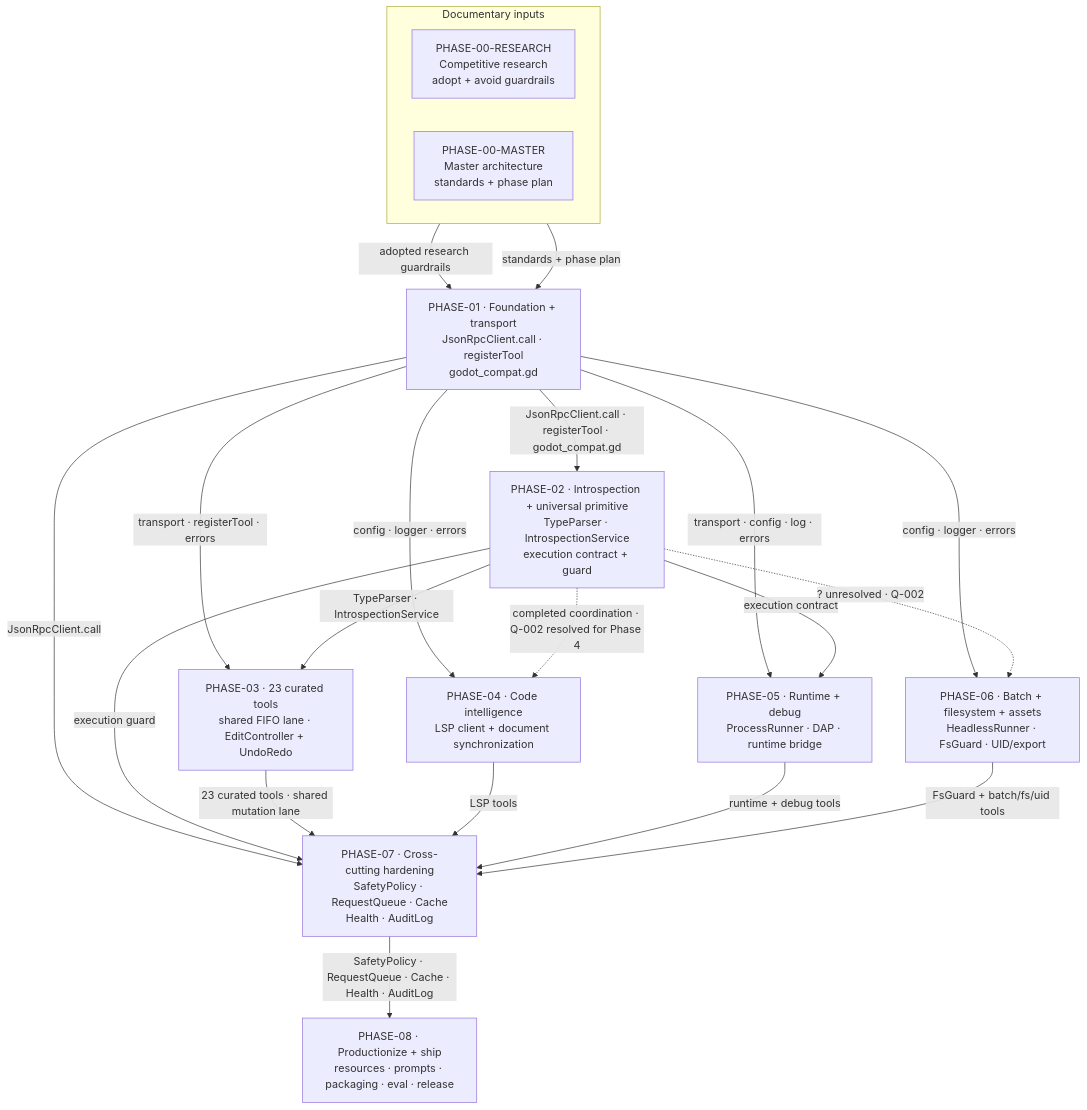
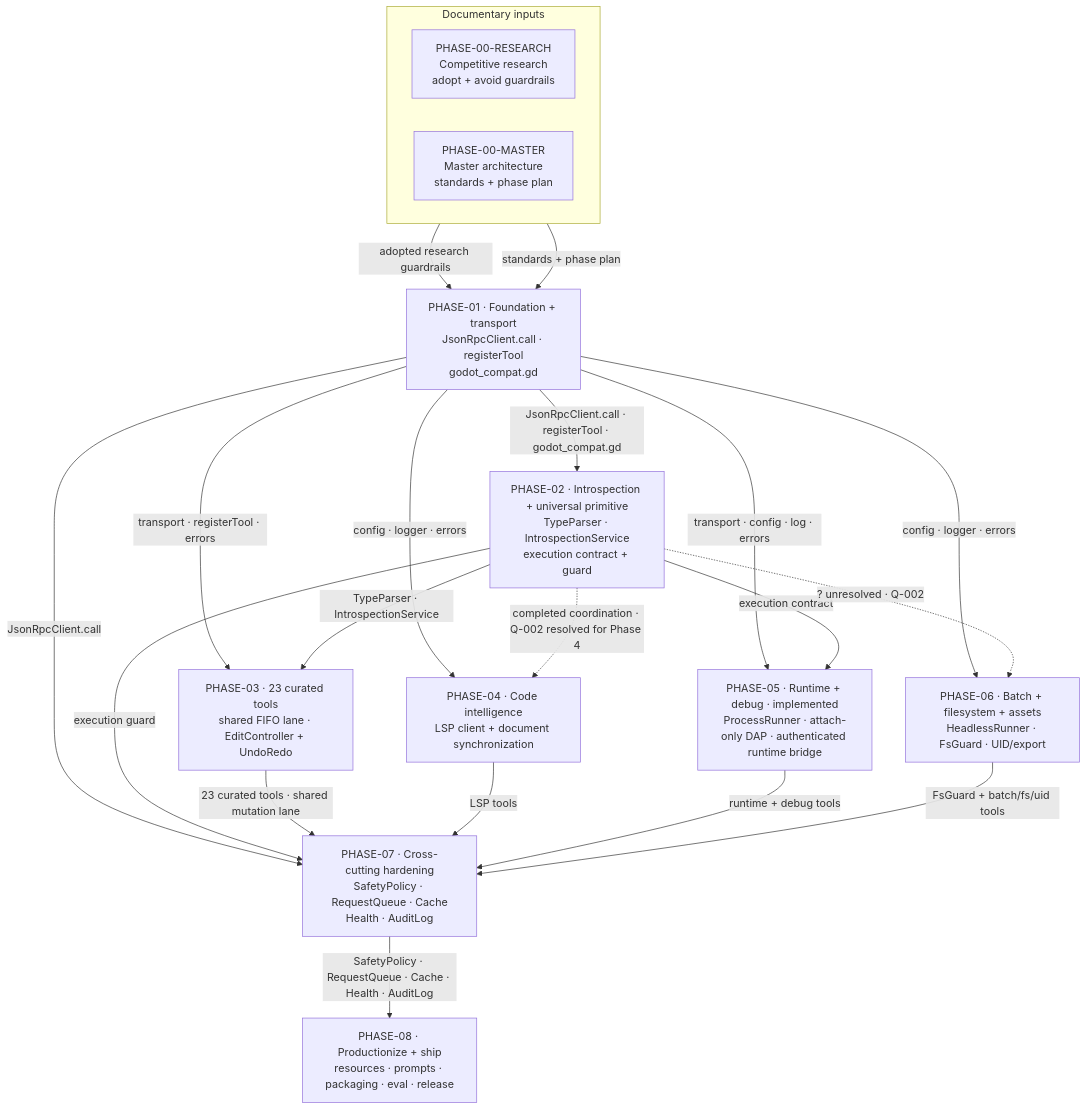
The diagram in docs/architecture/03-phase-dependencies.md (9thLevelSoftware/robogodot), drawn with Mermaid before and after one commit. The commit also changed other lines of this file and 37 other files, not shown here.

````diff
--- a/docs/architecture/03-phase-dependencies.md
+++ b/docs/architecture/03-phase-dependencies.md
@@ -16,72 +16,72 @@
 ```mermaid
 flowchart TB
   accTitle: Godot Control MCP phase dependencies and interface handoffs
   accDescr: Competitive research and the master architecture feed Phase 1. Phase 1 feeds the Phase 2 spine and Phases 3 through 7. Phases 3 through 6 form a parallel work row. Phase 2 is a completed coordination milestone for Phase 4, while its possible Phase 6 prerequisite remains unresolved. Phases 1 through 6 converge on Phase 7, which feeds Phase 8.
 
   subgraph DOCUMENTARY_INPUTS["Documentary inputs"]
     direction LR
     %% atlas-node: PHASE-00-RESEARCH
     PHASE_00_RESEARCH["PHASE-00-RESEARCH<br/>Competitive research<br/>adopt + avoid guardrails"]
     %% atlas-node: PHASE-00-MASTER
     PHASE_00_MASTER["PHASE-00-MASTER<br/>Master architecture<br/>standards + phase plan"]
   end
 
   %% atlas-node: PHASE-01
   PHASE_01["PHASE-01 · Foundation + transport<br/>JsonRpcClient.call · registerTool<br/>godot_compat.gd"]
 
   %% atlas-node: PHASE-02
   PHASE_02["PHASE-02 · Introspection + universal primitive<br/>TypeParser · IntrospectionService<br/>execution contract + guard"]
 
   %% Phases 3–6 share the same dependency depth so Dagre keeps them on one rank.
   %% atlas-node: PHASE-03
   PHASE_03["PHASE-03 · 23 curated tools<br/>shared FIFO lane · EditController + UndoRedo"]
   %% atlas-node: PHASE-04
   PHASE_04["PHASE-04 · Code intelligence<br/>LSP client + document synchronization"]
   %% atlas-node: PHASE-05
-  PHASE_05["PHASE-05 · Runtime + debug<br/>ProcessRunner · DAP · runtime bridge"]
+  PHASE_05["PHASE-05 · Runtime + debug · implemented<br/>ProcessRunner · attach-only DAP · authenticated runtime bridge"]
   %% atlas-node: PHASE-06
   PHASE_06["PHASE-06 · Batch + filesystem + assets<br/>HeadlessRunner · FsGuard · UID/export"]
 
   %% atlas-node: PHASE-07
   PHASE_07["PHASE-07 · Cross-cutting hardening<br/>SafetyPolicy · RequestQueue · Cache<br/>Health · AuditLog"]
 
   %% atlas-node: PHASE-08
   PHASE_08["PHASE-08 · Productionize + ship<br/>resources · prompts · packaging · eval · release"]
 
   %% atlas-flow: FLOW-PH-001
   PHASE_00_RESEARCH -->|"adopted research guardrails"| PHASE_01
   %% atlas-flow: FLOW-PH-002
   PHASE_00_MASTER -->|"standards + phase plan"| PHASE_01
   %% atlas-flow: FLOW-PH-003
   PHASE_01 -->|"JsonRpcClient.call · registerTool · godot_compat.gd"| PHASE_02
   %% atlas-flow: FLOW-PH-004
   PHASE_01 -->|"transport · registerTool · errors"| PHASE_03
   %% atlas-flow: FLOW-PH-005
   PHASE_02 -->|"TypeParser · IntrospectionService"| PHASE_03
   %% atlas-flow: FLOW-PH-006
   PHASE_01 -->|"config · logger · errors"| PHASE_04
   %% atlas-flow: FLOW-PH-007
   PHASE_02 -.->|"completed coordination · Q-002 resolved for Phase 4"| PHASE_04
   %% atlas-flow: FLOW-PH-008
   PHASE_01 -->|"transport · config · log · errors"| PHASE_05
   %% atlas-flow: FLOW-PH-009
   PHASE_02 -->|"execution contract"| PHASE_05
   %% atlas-flow: FLOW-PH-010
   PHASE_01 -->|"config · logger · errors"| PHASE_06
   %% atlas-flow: FLOW-PH-011
   PHASE_02 -.->|"? unresolved · Q-002"| PHASE_06
   %% atlas-flow: FLOW-PH-012
   PHASE_01 -->|"JsonRpcClient.call"| PHASE_07
   %% atlas-flow: FLOW-PH-013
   PHASE_02 -->|"execution guard"| PHASE_07
   %% atlas-flow: FLOW-PH-014
   PHASE_03 -->|"23 curated tools · shared mutation lane"| PHASE_07
   %% atlas-flow: FLOW-PH-015
   PHASE_04 -->|"LSP tools"| PHASE_07
   %% atlas-flow: FLOW-PH-016
   PHASE_05 -->|"runtime + debug tools"| PHASE_07
   %% atlas-flow: FLOW-PH-017
   PHASE_06 -->|"FsGuard + batch/fs/uid tools"| PHASE_07
   %% atlas-flow: FLOW-PH-018
   PHASE_07 -->|"SafetyPolicy · RequestQueue · Cache · Health · AuditLog"| PHASE_08
 ```
````
